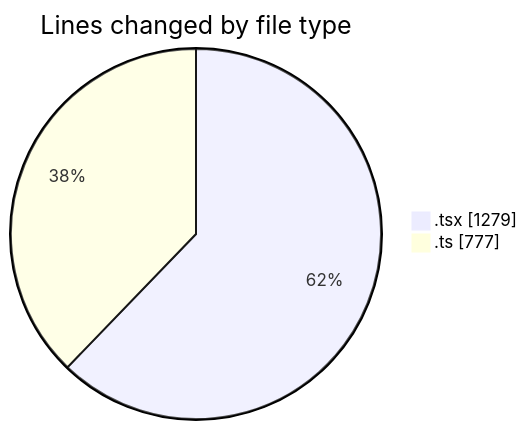
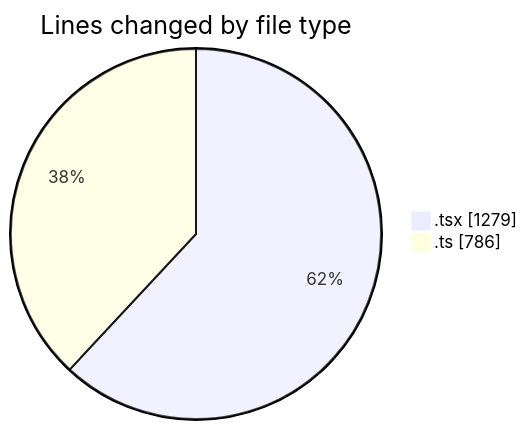
One commit to nxtqubesakshisongat/code-tracking changed the first of 2 diagrams in 2026-02-27/nxtqube_webapp/README.md. Above: the diagram before and after it, drawn with Mermaid. The commit also changed other lines of this file and 1 other file, not shown here.

````diff
--- a/2026-02-27/nxtqube_webapp/README.md
+++ b/2026-02-27/nxtqube_webapp/README.md
@@ -24,6 +24,6 @@
 ```mermaid
 pie showData
 title Lines changed by file type
 ".tsx" : 1279
-".ts" : 777
+".ts" : 786
 ```
````
